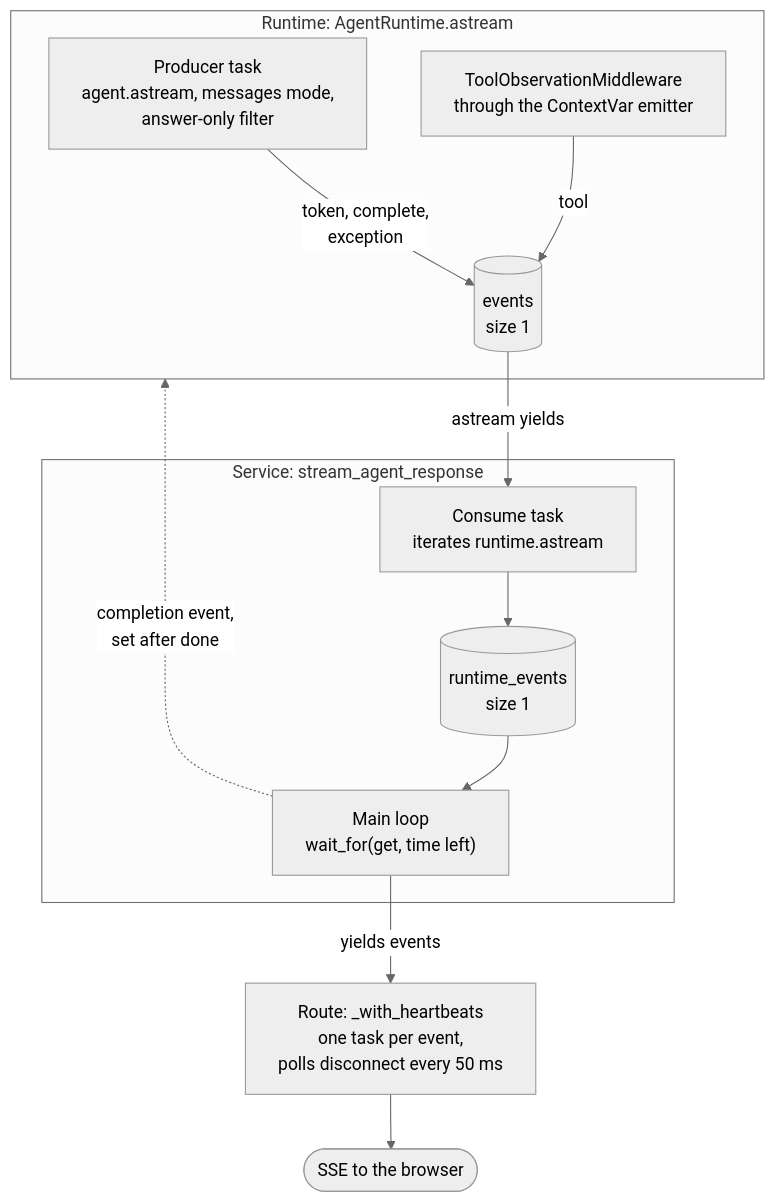
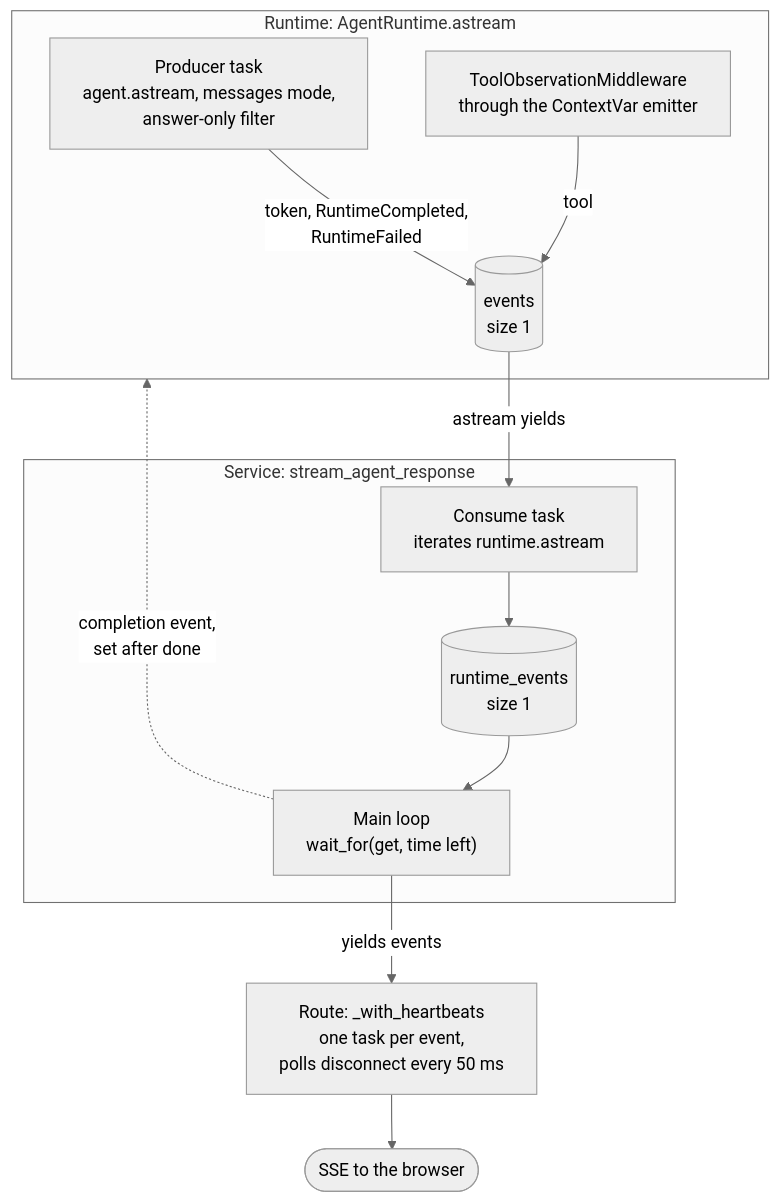
Before and after one commit to Park-Hip/InternHunterAgent: the third of 3 diagrams in docs/modules/runtime.md, drawn with Mermaid (neutral theme). The commit also changed other lines of this file and 21 other files, not shown here.

````diff
--- a/docs/modules/runtime.md
+++ b/docs/modules/runtime.md
@@ -152,21 +151,21 @@
 ```mermaid
 %%{init: {"flowchart": {"wrappingWidth": 260}}}%%
 flowchart TD
     subgraph RUNTIME["Runtime: AgentRuntime.astream"]
         P["Producer task<br/>agent.astream, messages mode,<br/>answer-only filter"]
         M["ToolObservationMiddleware<br/>through the ContextVar emitter"]
         Q1[("events<br/>size 1")]
-        P -->|"token, complete,<br/>exception"| Q1
+        P -->|"token, RuntimeCompleted,<br/>RuntimeFailed"| Q1
         M -->|"tool"| Q1
     end
     subgraph SERVICE["Service: stream_agent_response"]
         C["Consume task<br/>iterates runtime.astream"]
         Q2[("runtime_events<br/>size 1")]
         L["Main loop<br/>wait_for(get, time left)"]
         C --> Q2 --> L
     end
     Q1 -->|"astream yields"| C
     L -->|"yields events"| H["Route: _with_heartbeats<br/>one task per event,<br/>polls disconnect every 50 ms"]
     H --> W(["SSE to the browser"])
     L -. "completion event,<br/>set after done" .-> RUNTIME
 ```
````
